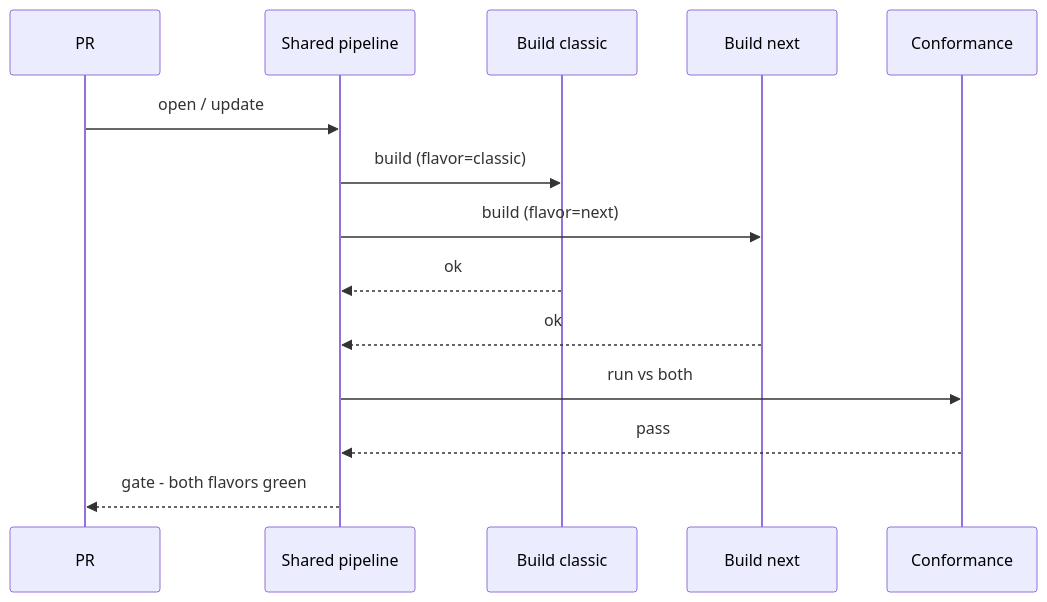
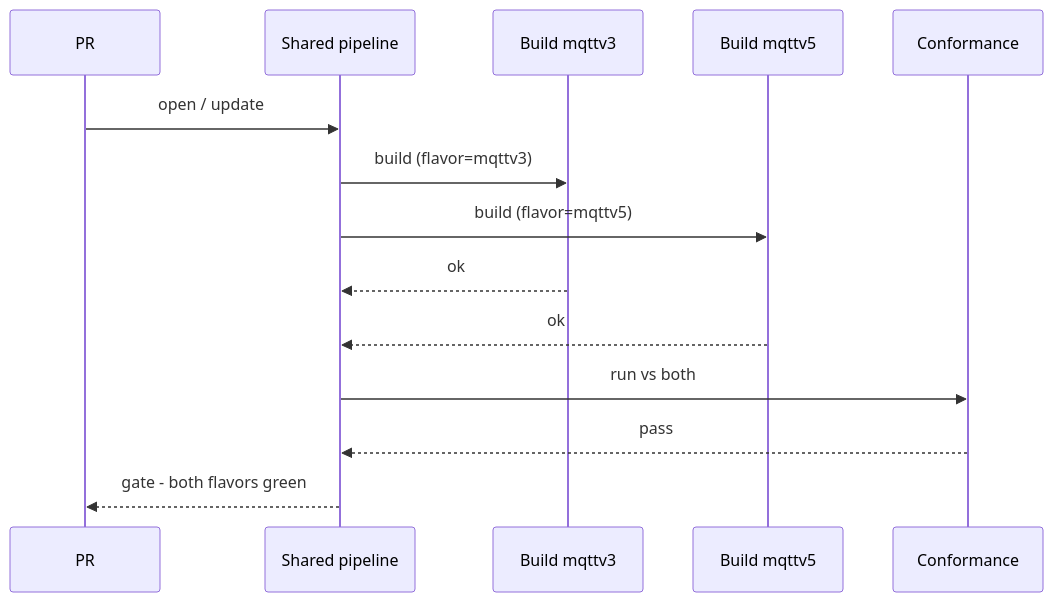
One commit to Azure/azure-iot-sdk changed diagram 14 of 20 in c/docs/eng/split-client.md. Above: the diagram before and after it, drawn with Mermaid. The commit also changed other lines of this file and 99 other files, not shown here.

First line of the commit message:
[C] Rename Classic/Next/AEG to MQTTv3/MQTTv5 (#274)

````diff
--- a/c/docs/eng/split-client.md
+++ b/c/docs/eng/split-client.md
@@ -484,17 +484,17 @@
 ```mermaid
 sequenceDiagram
     participant PR
     participant CI as Shared pipeline
-    participant B1 as Build classic
-    participant B2 as Build next
+    participant B1 as Build mqttv3
+    participant B2 as Build mqttv5
     participant CT as Conformance
 
     PR->>CI: open / update
-    CI->>B1: build (flavor=classic)
-    CI->>B2: build (flavor=next)
+    CI->>B1: build (flavor=mqttv3)
+    CI->>B2: build (flavor=mqttv5)
     B1-->>CI: ok
     B2-->>CI: ok
     CI->>CT: run vs both
     CT-->>CI: pass
     CI-->>PR: gate - both flavors green
 ```
````
